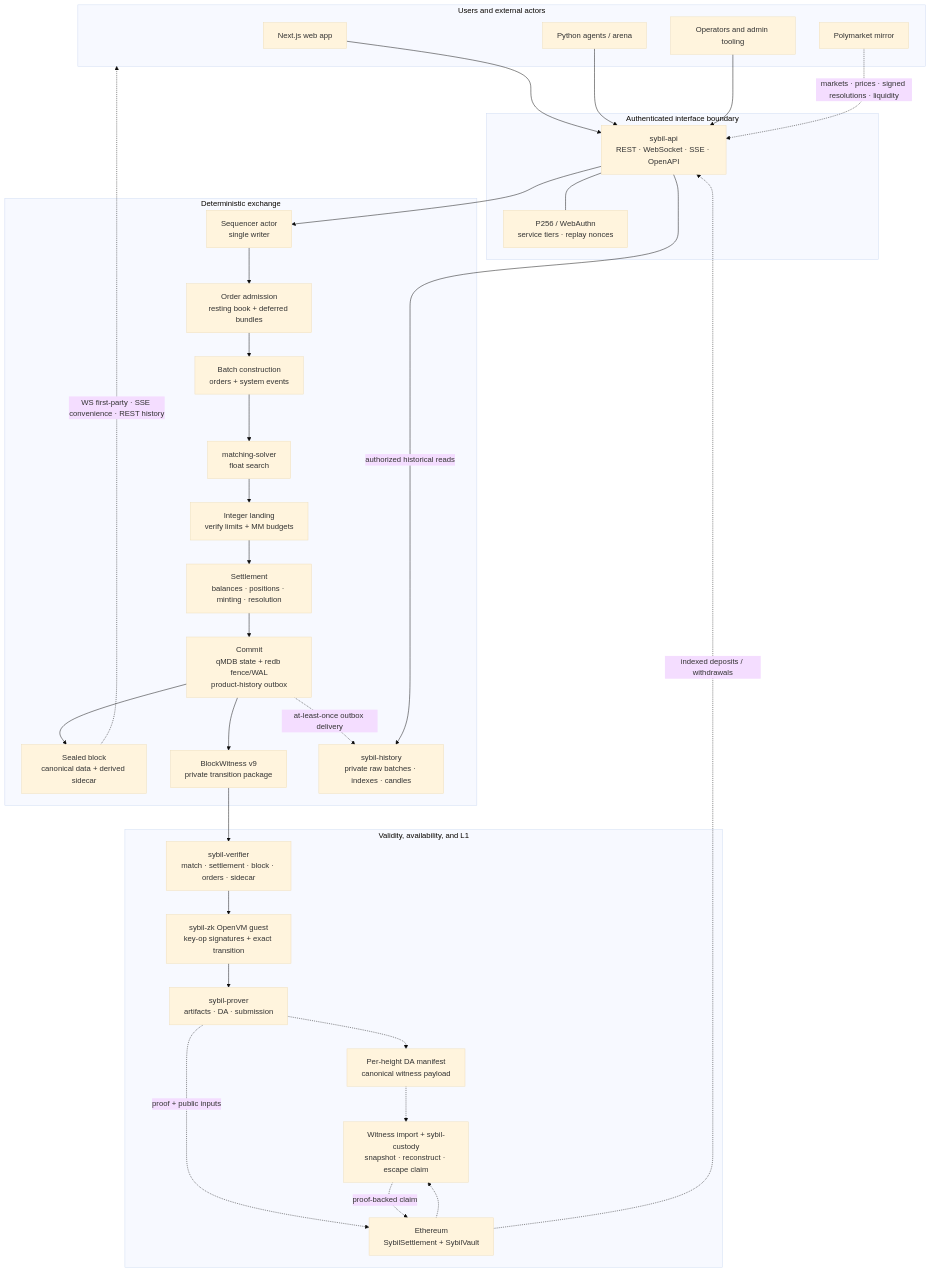
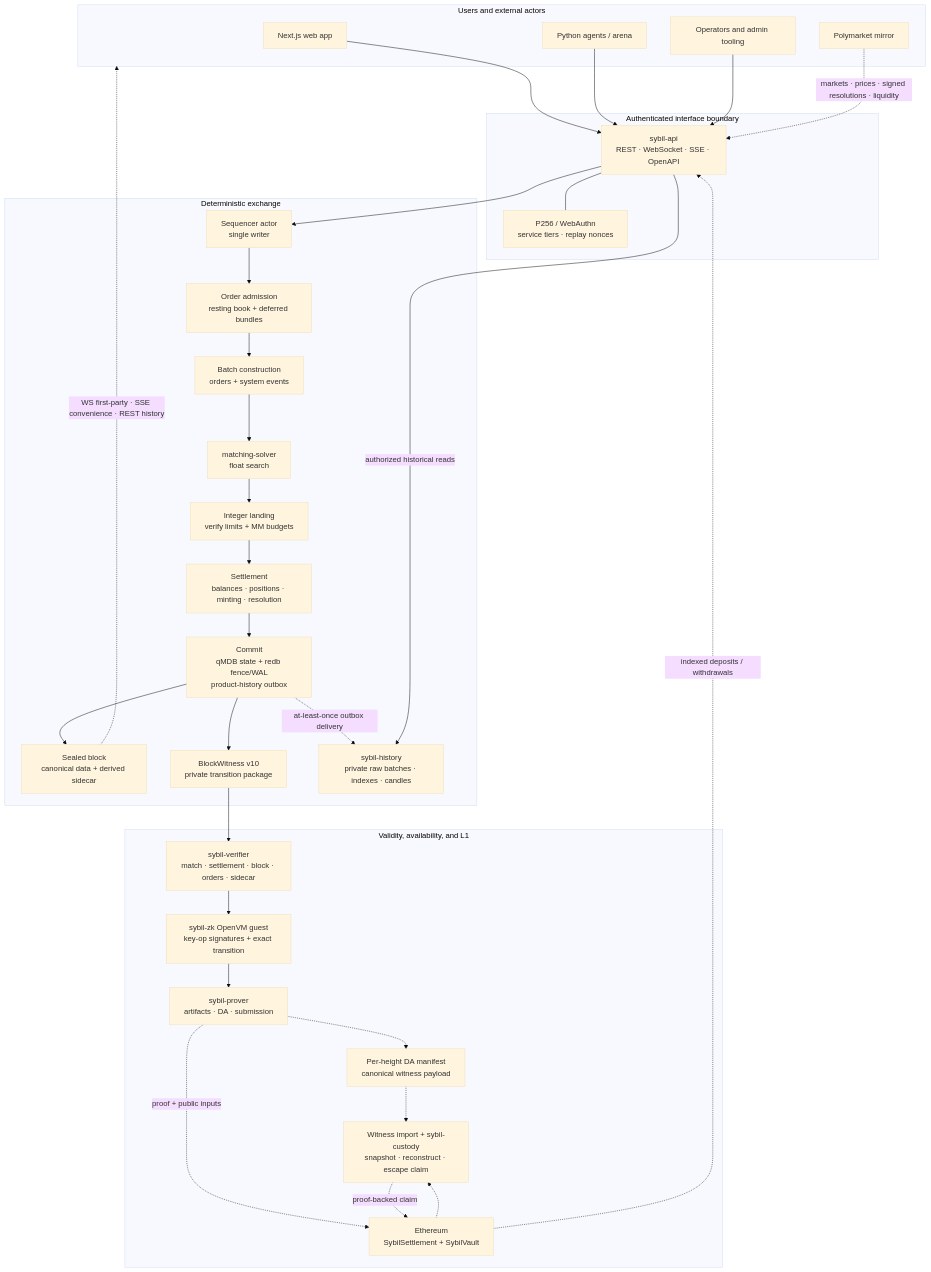
Before and after one commit to MetaB0y/sybil: the first of 2 diagrams in docs/architecture/Sybil Architecture.md, drawn with Mermaid (base theme). The commit also changed other lines of this file and 56 other files, not shown here.

````diff
--- a/docs/architecture/Sybil Architecture.md
+++ b/docs/architecture/Sybil Architecture.md
@@ -21,58 +21,58 @@
 ```mermaid
 flowchart TB
     subgraph users["Users and external actors"]
         WEB["Next.js web app"]
         BOTS["Python agents / arena"]
         PM["Polymarket mirror"]
         OPS["Operators and admin tooling"]
     end
 
     subgraph edge["Authenticated interface boundary"]
         API["sybil-api<br/>REST · WebSocket · SSE · OpenAPI"]
         AUTH["P256 / WebAuthn<br/>service tiers · replay nonces"]
         API --- AUTH
     end
 
     subgraph exchange["Deterministic exchange"]
         ACTOR["Sequencer actor<br/>single writer"]
         ADMIT["Order admission<br/>resting book + deferred bundles"]
         BATCH["Batch construction<br/>orders + system events"]
         SOLVE["matching-solver<br/>float search"]
         LAND["Integer landing<br/>verify limits + MM budgets"]
         SETTLE["Settlement<br/>balances · positions · minting · resolution"]
         STORE["Commit<br/>qMDB state + redb fence/WAL<br/>product-history outbox"]
         BLOCK["Sealed block<br/>canonical data + derived sidecar"]
-        WIT["BlockWitness v9<br/>private transition package"]
+        WIT["BlockWitness v10<br/>private transition package"]
         HIST["sybil-history<br/>private raw batches · indexes · candles"]
 
         ACTOR --> ADMIT --> BATCH --> SOLVE --> LAND --> SETTLE --> STORE
         STORE --> BLOCK
         STORE --> WIT
         STORE -.->|"at-least-once outbox delivery"| HIST
     end
 
     subgraph validity["Validity, availability, and L1"]
         VERIFY["sybil-verifier<br/>match · settlement · block · orders · sidecar"]
         GUEST["sybil-zk OpenVM guest<br/>key-op signatures + exact transition"]
         PROVER["sybil-prover<br/>artifacts · DA · submission"]
         DA["Per-height DA manifest<br/>canonical witness payload"]
         L1["Ethereum<br/>SybilSettlement + SybilVault"]
         ESCAPE["Witness import + sybil-custody<br/>snapshot · reconstruct · escape claim"]
 
         WIT --> VERIFY --> GUEST --> PROVER
         PROVER -.-> DA
         PROVER -.->|"proof + public inputs"| L1
         DA -.-> ESCAPE
         L1 -.-> ESCAPE
         ESCAPE -.->|"proof-backed claim"| L1
     end
 
     WEB --> API
     BOTS --> API
     OPS --> API
     PM -.->|"markets · prices · signed resolutions · liquidity"| API
     API --> ACTOR
     API -->|"authorized historical reads"| HIST
     BLOCK -.->|"WS first-party · SSE convenience · REST history"| users
     L1 -.->|"indexed deposits / withdrawals"| API
 ```
````
